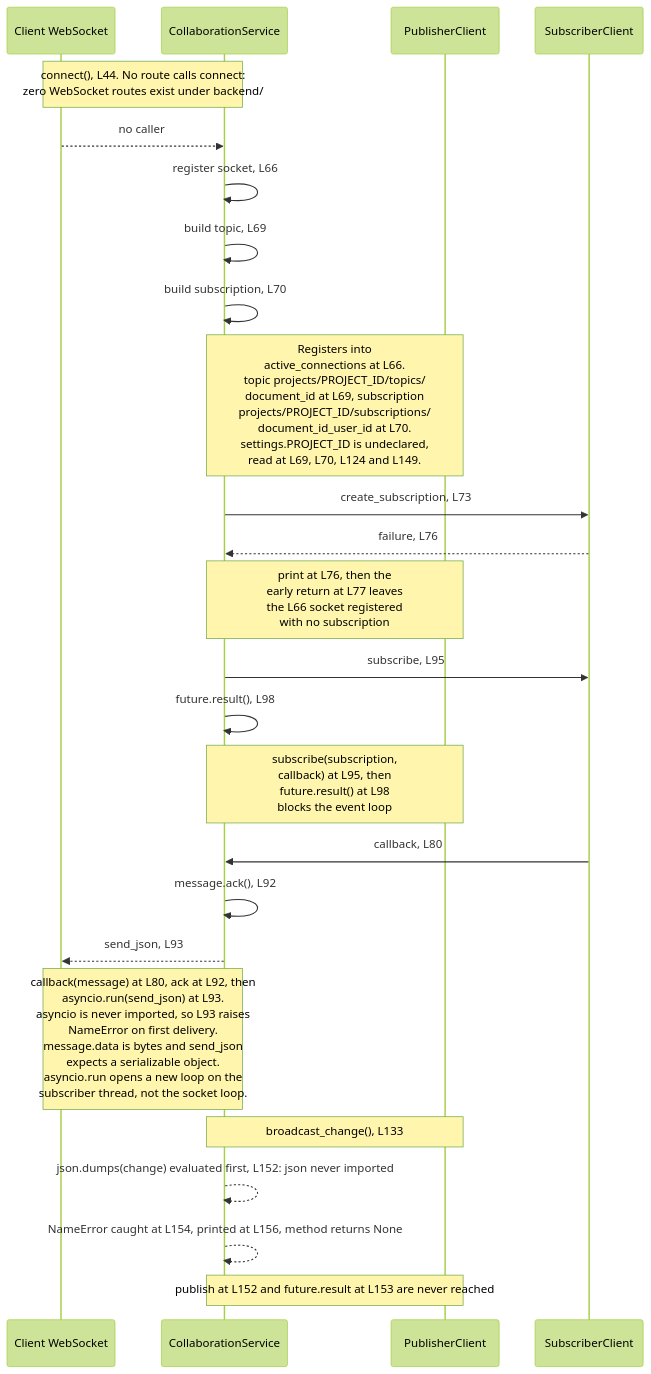
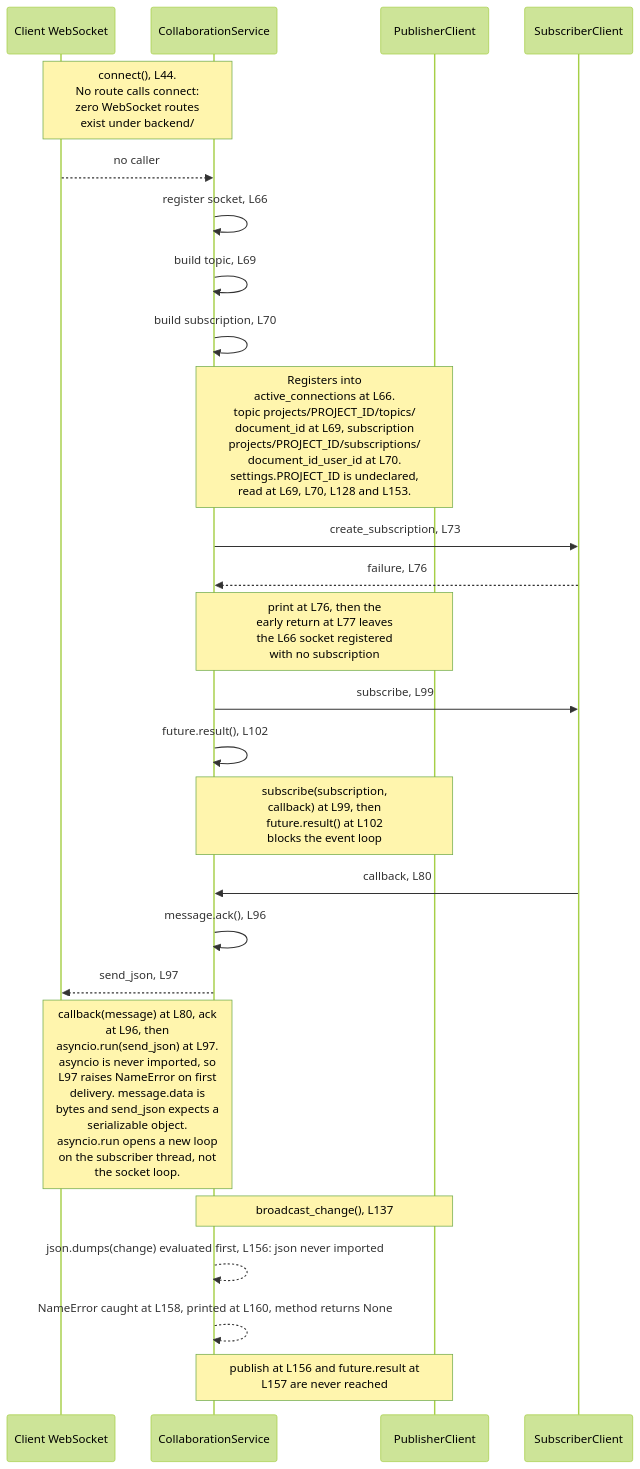
Before and after one commit to blitzy-public-samples/microsoft-word-u33ko0: the first of 2 diagrams in backend/app/services/README.md, drawn with Mermaid (forest theme). The commit also changed other lines of this file and 25 other files, not shown here.

````diff
--- a/backend/app/services/README.md
+++ b/backend/app/services/README.md
@@ -129,30 +129,30 @@
 ```mermaid
 sequenceDiagram
     accTitle: The per-document Pub/Sub collaboration fan-out
     accDescr: No route calls connect, so the whole exchange is unreachable. Inside it, an early return leaves a socket registered with no subscription, and two undefined module names raise on first delivery and first publish.
     participant WS as Client WebSocket
     participant CS as CollaborationService
     participant PUB as PublisherClient
     participant SUB as SubscriberClient
 
-    Note over WS,CS: connect(), L44. No route calls connect:<br/>zero WebSocket routes exist under backend/
+    Note over WS,CS: connect(), L44.<br/>No route calls connect:<br/>zero WebSocket routes<br/>exist under backend/
     WS -->> CS: no caller
     CS ->> CS: register socket, L66
     CS ->> CS: build topic, L69
     CS ->> CS: build subscription, L70
-    Note over CS,PUB: Registers into<br/>active_connections at L66.<br/>topic projects/PROJECT_ID/topics/<br/>document_id at L69, subscription<br/>projects/PROJECT_ID/subscriptions/<br/>document_id_user_id at L70.<br/>settings.PROJECT_ID is undeclared,<br/>read at L69, L70, L124 and L149.
+    Note over CS,PUB: Registers into<br/>active_connections at L66.<br/>topic projects/PROJECT_ID/topics/<br/>document_id at L69, subscription<br/>projects/PROJECT_ID/subscriptions/<br/>document_id_user_id at L70.<br/>settings.PROJECT_ID is undeclared,<br/>read at L69, L70, L128 and L153.
     CS ->> SUB: create_subscription, L73
     SUB -->> CS: failure, L76
     Note over CS,PUB: print at L76, then the<br/>early return at L77 leaves<br/>the L66 socket registered<br/>with no subscription
-    CS ->> SUB: subscribe, L95
-    CS ->> CS: future.result(), L98
-    Note over CS,PUB: subscribe(subscription,<br/>callback) at L95, then<br/>future.result() at L98<br/>blocks the event loop
+    CS ->> SUB: subscribe, L99
+    CS ->> CS: future.result(), L102
+    Note over CS,PUB: subscribe(subscription,<br/>callback) at L99, then<br/>future.result() at L102<br/>blocks the event loop
     SUB ->> CS: callback, L80
-    CS ->> CS: message.ack(), L92
-    CS -->> WS: send_json, L93
-    Note over WS,CS: callback(message) at L80, ack at L92, then<br/>asyncio.run(send_json) at L93.<br/>asyncio is never imported, so L93 raises<br/>NameError on first delivery.<br/>message.data is bytes and send_json<br/>expects a serializable object.<br/>asyncio.run opens a new loop on the<br/>subscriber thread, not the socket loop.
-    Note over CS,PUB: broadcast_change(), L133
-    CS -->> CS: json.dumps(change) evaluated first, L152: json never imported
-    CS -->> CS: NameError caught at L154, printed at L156, method returns None
-    Note over CS,PUB: publish at L152 and future.result at L153 are never reached
+    CS ->> CS: message.ack(), L96
+    CS -->> WS: send_json, L97
+    Note over WS,CS: callback(message) at L80, ack<br/>at L96, then<br/>asyncio.run(send_json) at L97.<br/>asyncio is never imported, so<br/>L97 raises NameError on first<br/>delivery. message.data is<br/>bytes and send_json expects a<br/>serializable object.<br/>asyncio.run opens a new loop<br/>on the subscriber thread, not<br/>the socket loop.
+    Note over CS,PUB: broadcast_change(), L137
+    CS -->> CS: json.dumps(change) evaluated first, L156: json never imported
+    CS -->> CS: NameError caught at L158, printed at L160, method returns None
+    Note over CS,PUB: publish at L156 and future.result at<br/>L157 are never reached
 ```
````
